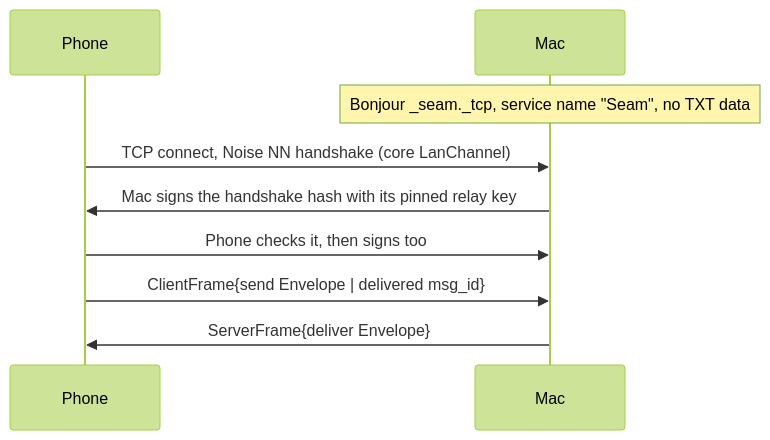
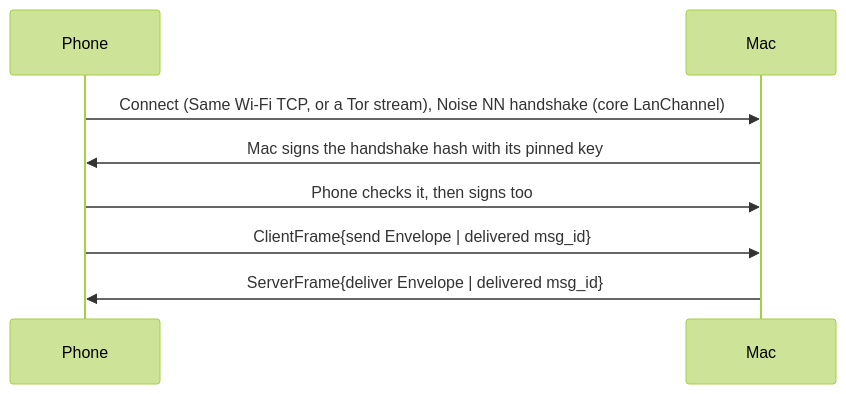
The second of 2 diagrams in protocol/README.md (aveterosystems/seam), drawn with Mermaid (forest theme) before and after one commit. The commit also changed other lines of this file and 75 other files, not shown here.

First line of the commit message:
Remove the retired relay; docs describe Same Wi‑Fi and Tor only (#48)

````diff
--- a/protocol/README.md
+++ b/protocol/README.md
@@ -57,11 +50,10 @@
 ```mermaid
 sequenceDiagram
     participant P as Phone
     participant M as Mac
-    Note over M: Bonjour _seam._tcp, service name "Seam", no TXT data
-    P->>M: TCP connect, Noise NN handshake (core LanChannel)
-    M->>P: Mac signs the handshake hash with its pinned relay key
+    P->>M: Connect (Same Wi‑Fi TCP, or a Tor stream), Noise NN handshake (core LanChannel)
+    M->>P: Mac signs the handshake hash with its pinned key
     P->>M: Phone checks it, then signs too
     P->>M: ClientFrame{send Envelope | delivered msg_id}
-    M->>P: ServerFrame{deliver Envelope}
+    M->>P: ServerFrame{deliver Envelope | delivered msg_id}
 ```
````
